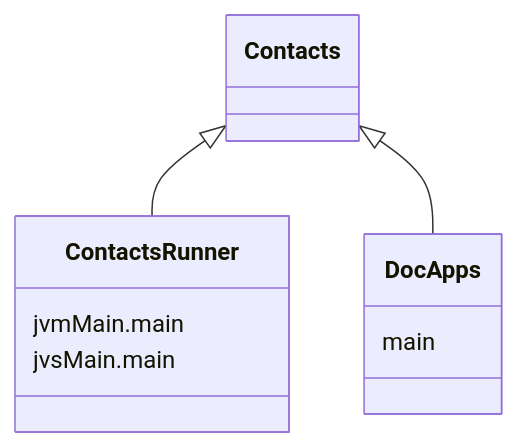
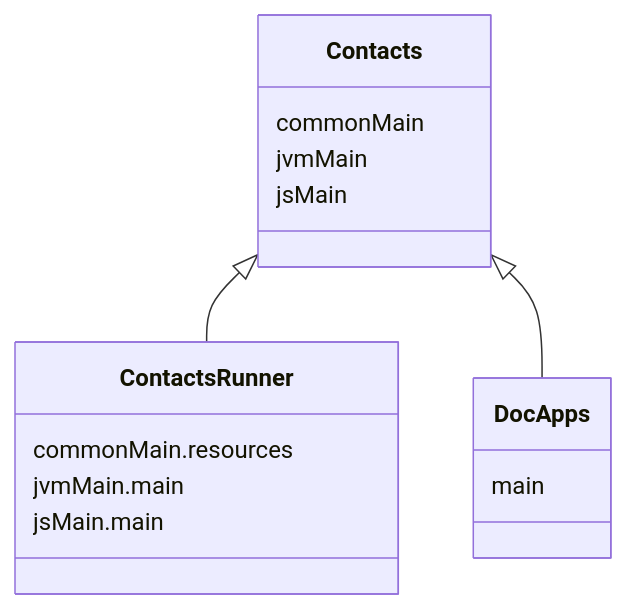
One commit to nacular/doodle-tutorials changed the diagram in site/docs/contacts.mdx. Above: the diagram before and after it, drawn with Mermaid. The commit also changed other lines of this file and 43 other files, not shown here.

````diff
--- a/site/docs/contacts.mdx
+++ b/site/docs/contacts.mdx
@@ -35,8 +35,12 @@
 ```mermaid
  classDiagram
       Contacts      <|-- ContactsRunner
       Contacts      <|-- DocApps
+      ContactsRunner: commonMain.resources
       ContactsRunner: jvmMain.main
-      ContactsRunner: jvsMain.main
+      ContactsRunner: jsMain.main
       DocApps       : main
+      Contacts      : commonMain
+      Contacts      : jvmMain
+      Contacts      : jsMain
 ```
````
